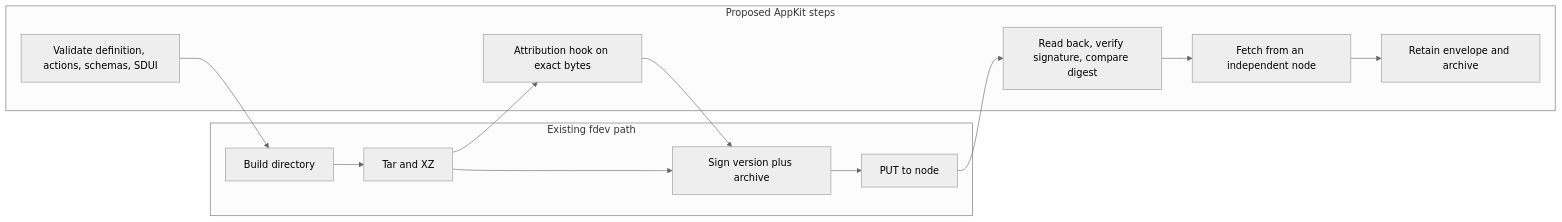
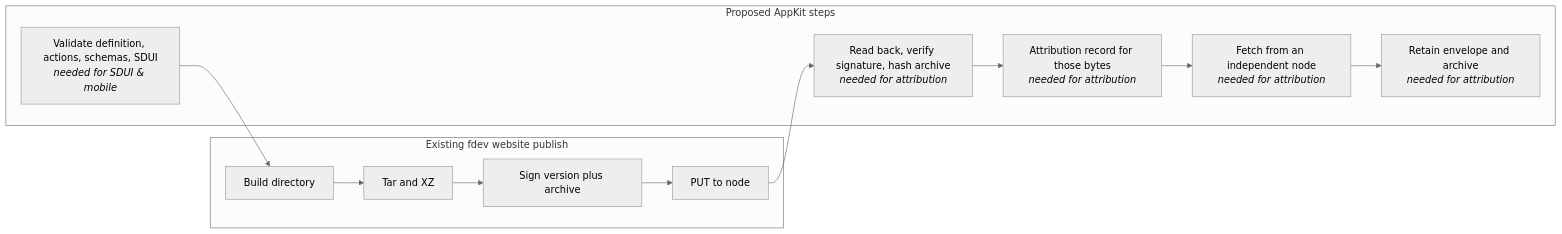
The diagram in appkit/bundles.md (EVY-Platform/evy-freenet-plans), drawn with Mermaid (neutral theme) before and after one commit. The commit also changed other lines of this file and 12 other files, not shown here.

````diff
--- a/appkit/bundles.md
+++ b/appkit/bundles.md
@@ -111,16 +141,15 @@
 ```mermaid
 flowchart LR
-    subgraph existing [Existing fdev path]
+    subgraph existing [Existing fdev website publish]
         A[Build directory] --> B[Tar and XZ]
         B --> C[Sign version plus archive]
         C --> D[PUT to node]
     end
     subgraph proposed [Proposed AppKit steps]
-        V[Validate definition, actions, schemas, SDUI] --> A
-        B --> H[Attribution hook on exact bytes]
-        H --> C
-        D --> R[Read back, verify signature, compare digest]
-        R --> I[Fetch from an independent node]
-        I --> K[Retain envelope and archive]
+        V[Validate definition, actions, schemas, SDUI<br/><i>needed for SDUI & mobile</i>] --> A
+        D --> R[Read back, verify signature, hash archive<br/><i>needed for attribution</i>]
+        R --> H[Attribution record for those bytes<br/><i>needed for attribution</i>]
+        H --> I[Fetch from an independent node<br/><i>needed for attribution</i>]
+        I --> K[Retain envelope and archive<br/><i>needed for attribution</i>]
     end
 ```
````
